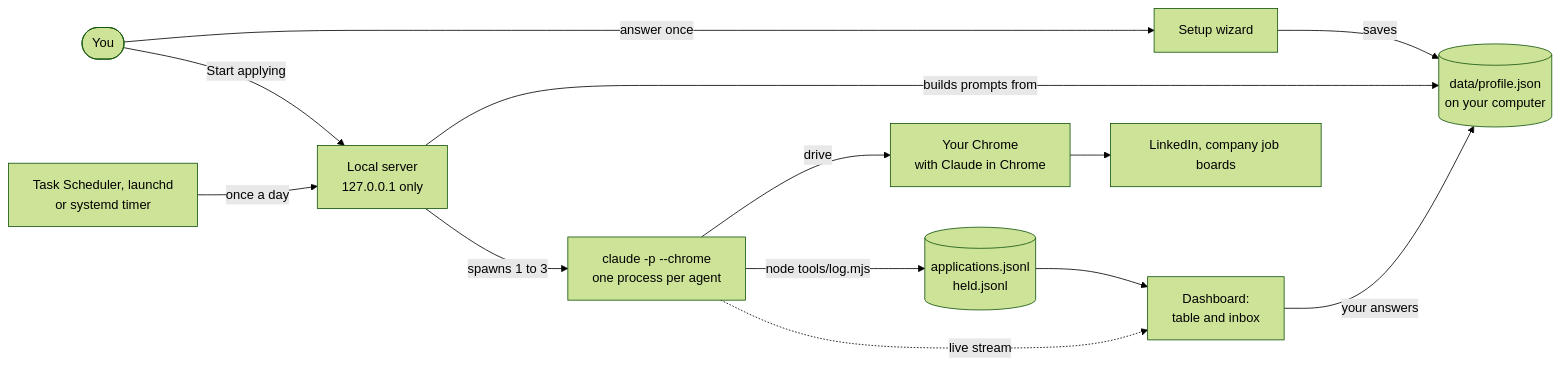
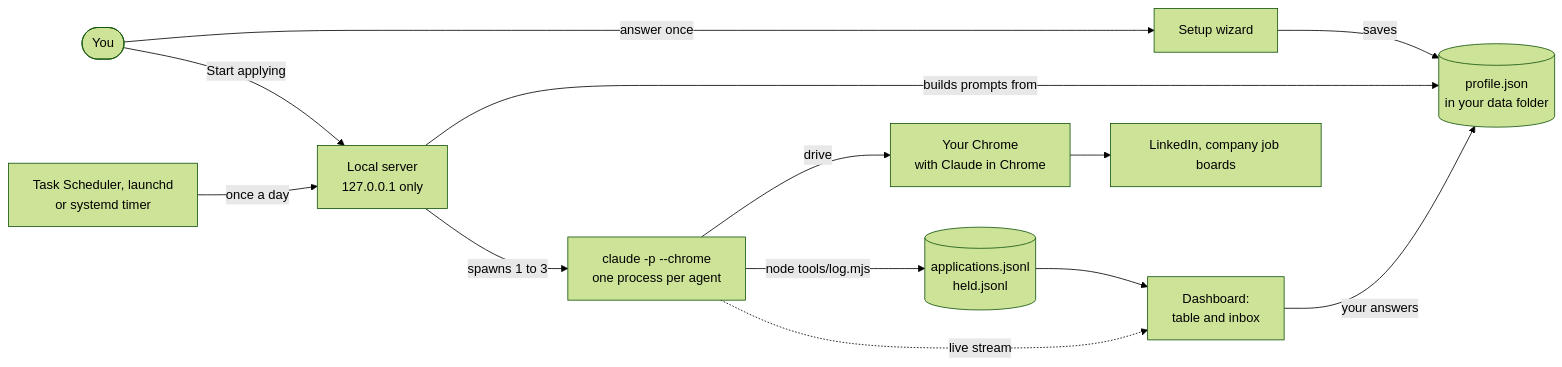
The diagram in README.md (DatafyingTech/Jobs-Express), drawn with Mermaid (forest theme) before and after one commit. The commit also changed other lines of this file and 11 other files, not shown here.

````diff
--- a/README.md
+++ b/README.md
@@ -210,15 +211,15 @@
 ```mermaid
 flowchart LR
     You([You]) -->|answer once| Wizard[Setup wizard]
-    Wizard -->|saves| Profile[(data/profile.json<br/>on your computer)]
+    Wizard -->|saves| Profile[(profile.json<br/>in your data folder)]
     You -->|Start applying| Server[Local server<br/>127.0.0.1 only]
     Sched[Task Scheduler, launchd<br/>or systemd timer] -->|once a day| Server
     Server -->|builds prompts from| Profile
     Server -->|spawns 1 to 3| Agents[claude -p --chrome<br/>one process per agent]
     Agents -->|drive| Chrome[Your Chrome<br/>with Claude in Chrome]
     Chrome --> Sites[LinkedIn, company job boards]
     Agents -->|node tools/log.mjs| Log[(applications.jsonl<br/>held.jsonl)]
     Log --> Dash[Dashboard:<br/>table and inbox]
     Agents -.->|live stream| Dash
     Dash -->|your answers| Profile
 ```
````
